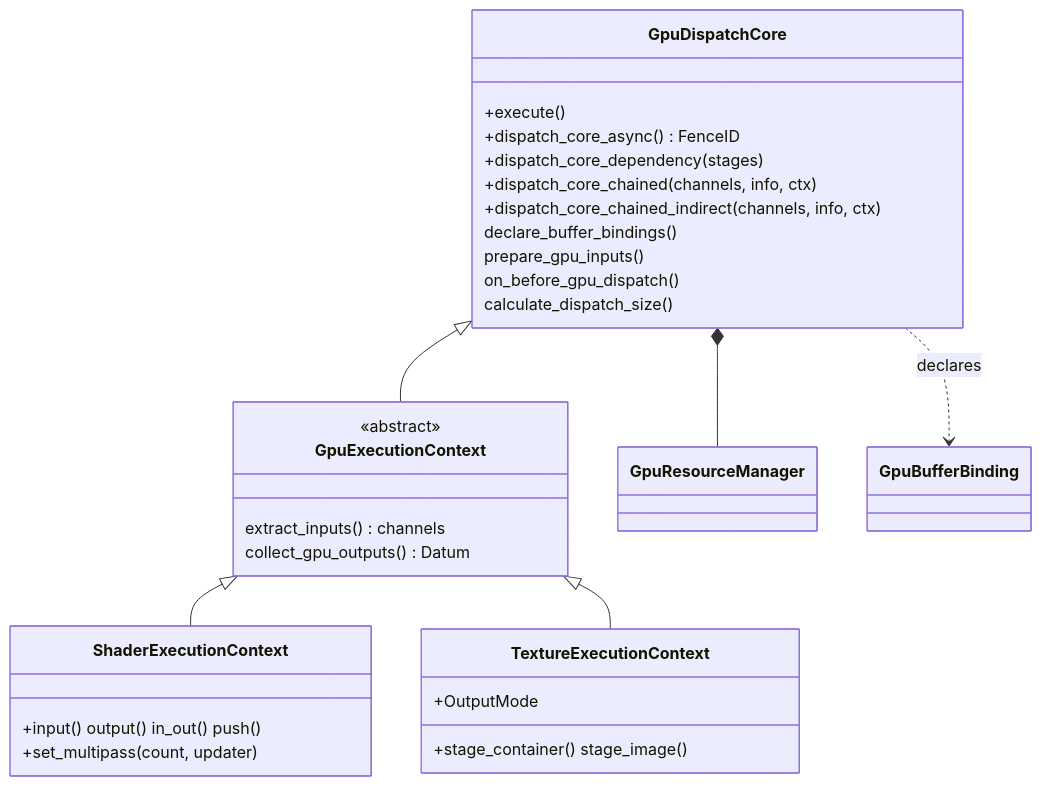
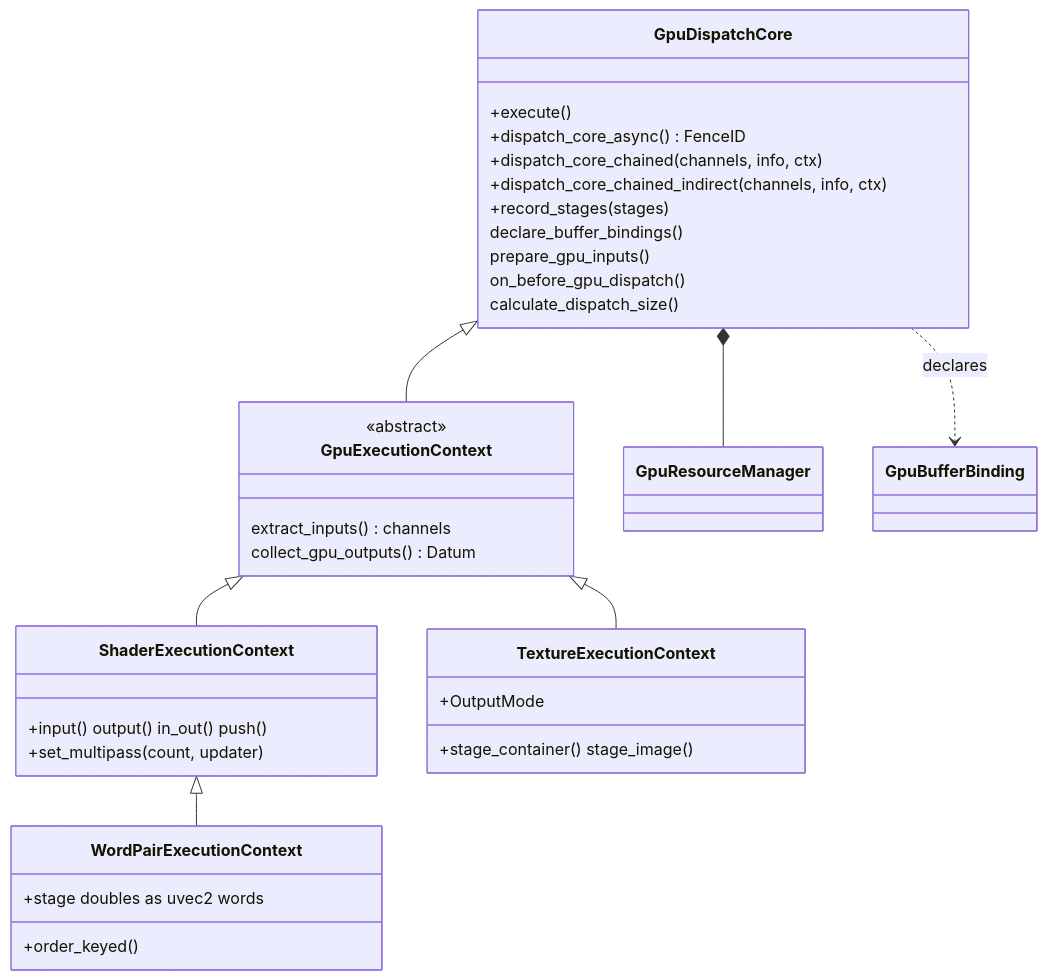
One commit to MayaFlux/MayaFlux changed the third of 14 diagrams in docs/GPGPU-Guide.md. Above: the diagram before and after it, drawn with Mermaid. The commit also changed other lines of this file and 3 other files, not shown here.

````diff
--- a/docs/GPGPU-Guide.md
+++ b/docs/GPGPU-Guide.md
@@ -221,32 +254,37 @@
 ```mermaid
 classDiagram
     class GpuDispatchCore {
         +execute()
         +dispatch_core_async() FenceID
-        +dispatch_core_dependency(stages)
         +dispatch_core_chained(channels, info, ctx)
         +dispatch_core_chained_indirect(channels, info, ctx)
+        +record_stages(stages)
         declare_buffer_bindings()
         prepare_gpu_inputs()
         on_before_gpu_dispatch()
         calculate_dispatch_size()
     }
     class GpuExecutionContext {
         <<abstract>>
         extract_inputs() channels
         collect_gpu_outputs() Datum
     }
     class ShaderExecutionContext {
         +input() output() in_out() push()
         +set_multipass(count, updater)
     }
     class TextureExecutionContext {
         +stage_container() stage_image()
         +OutputMode
     }
+    class WordPairExecutionContext {
+        +stage doubles as uvec2 words
+        +order_keyed()
+    }
     GpuDispatchCore <|-- GpuExecutionContext
     GpuExecutionContext <|-- ShaderExecutionContext
     GpuExecutionContext <|-- TextureExecutionContext
+    ShaderExecutionContext <|-- WordPairExecutionContext
     GpuDispatchCore *-- GpuResourceManager
     GpuDispatchCore ..> GpuBufferBinding : declares
 ```
````
